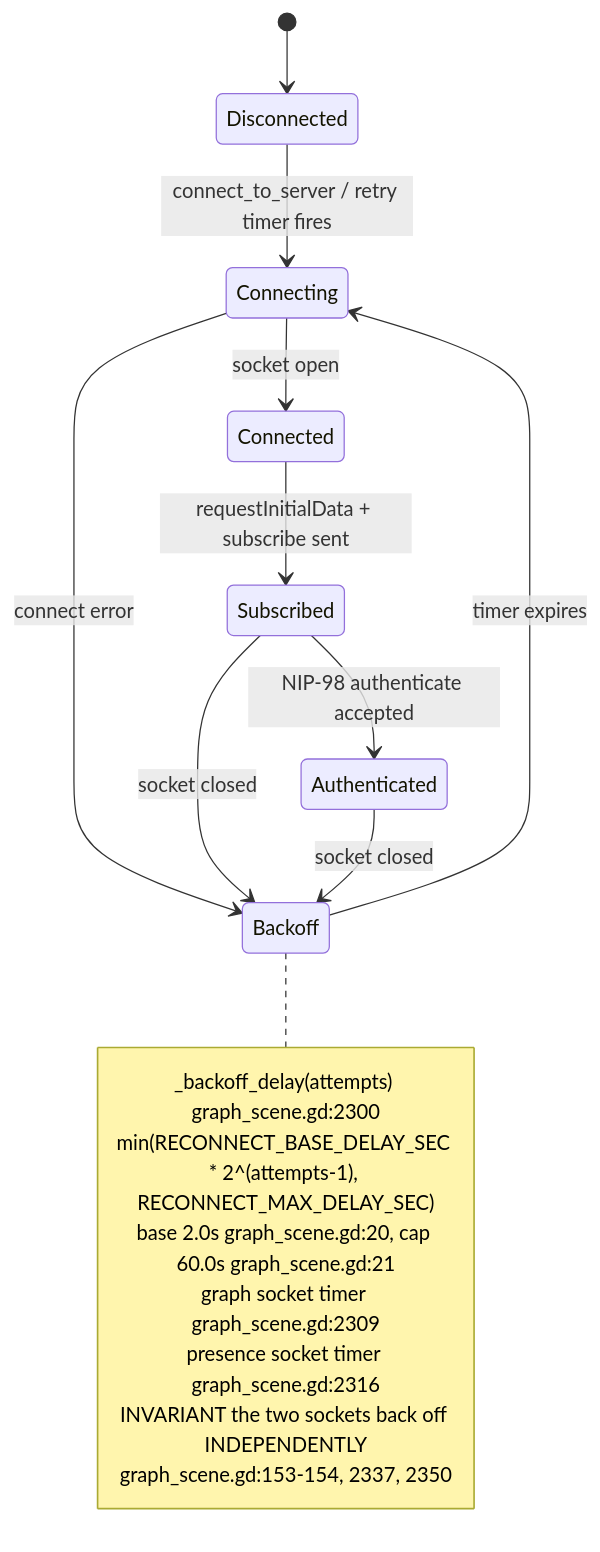
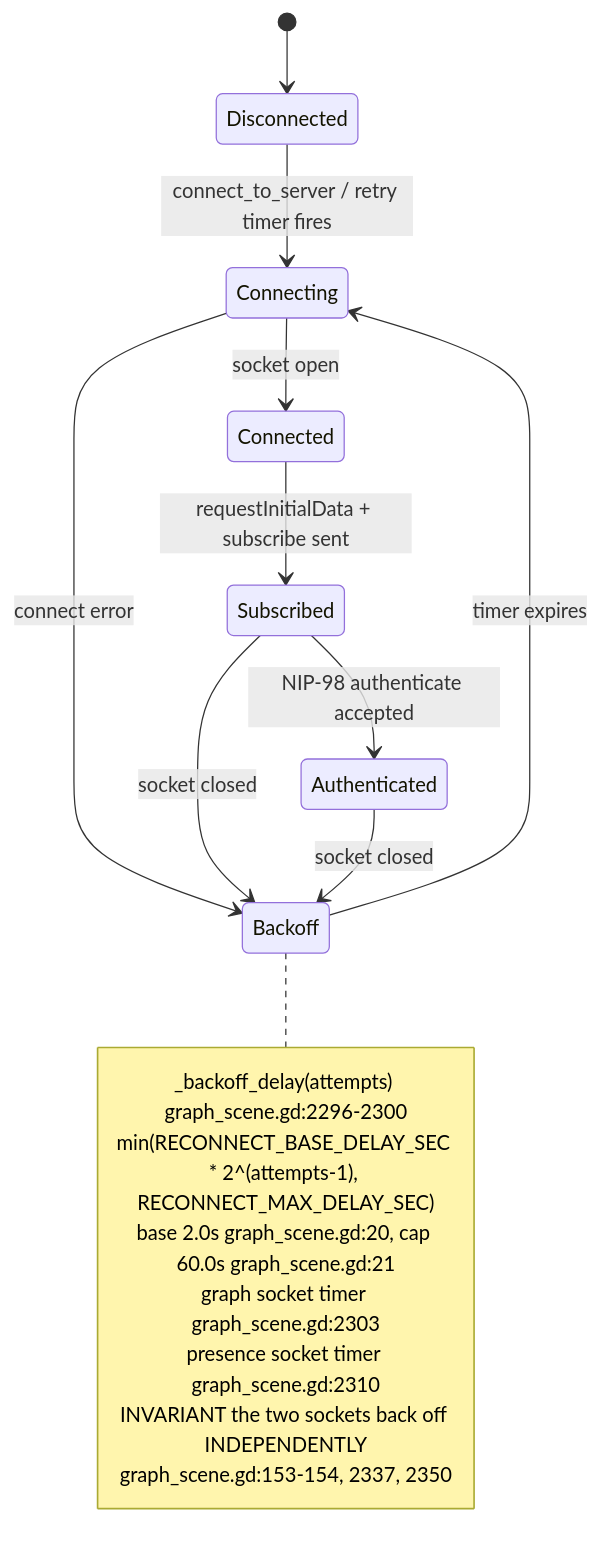
Before and after one commit to DreamLab-AI/AR-AI-Knowledge-Graph: the fourth of 18 diagrams in docs/diagrams/visionclaw/36-godot-xr-client.md, drawn with Mermaid. The commit also changed other lines of this file and 172 other files, not shown here.

````diff
--- a/docs/diagrams/visionclaw/36-godot-xr-client.md
+++ b/docs/diagrams/visionclaw/36-godot-xr-client.md
@@ -180,21 +191,21 @@
 ```mermaid
 stateDiagram-v2
     [*] --> Disconnected
     Disconnected --> Connecting: connect_to_server / retry timer fires
     Connecting --> Connected: socket open
     Connecting --> Backoff: connect error
     Connected --> Subscribed: requestInitialData + subscribe sent
     Subscribed --> Authenticated: NIP-98 authenticate accepted
     Subscribed --> Backoff: socket closed
     Authenticated --> Backoff: socket closed
     Backoff --> Connecting: timer expires
     note right of Backoff
-        _backoff_delay(attempts) graph_scene.gd:2300
+        _backoff_delay(attempts) graph_scene.gd:2296-2300
         min(RECONNECT_BASE_DELAY_SEC * 2^(attempts-1), RECONNECT_MAX_DELAY_SEC)
         base 2.0s graph_scene.gd:20, cap 60.0s graph_scene.gd:21
-        graph socket timer graph_scene.gd:2309
-        presence socket timer graph_scene.gd:2316
+        graph socket timer graph_scene.gd:2303
+        presence socket timer graph_scene.gd:2310
         INVARIANT the two sockets back off INDEPENDENTLY
         graph_scene.gd:153-154, 2337, 2350
     end note
 ```
````
